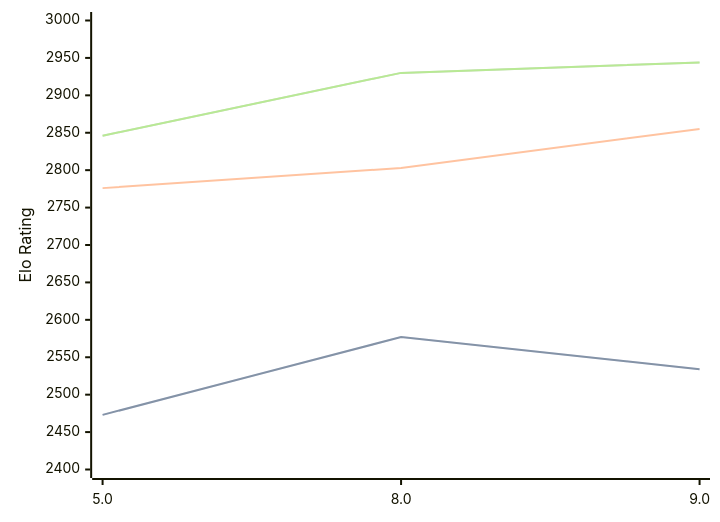
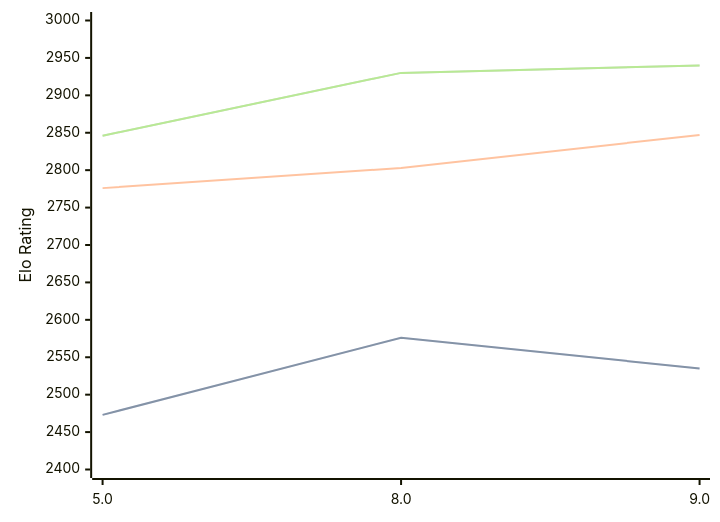
Before and after one commit to computer-chess-index/cci: the first of 3 diagrams in engines/4kc.md, drawn with Mermaid. The commit also changed other lines of this file, not shown here.

Commit message:
Update CCI Ratings (ELO VLTC) - 2026-06-19

````diff
--- a/engines/4kc.md
+++ b/engines/4kc.md
@@ -42,11 +42,11 @@
 ```mermaid
 %%{init: {"theme":"base","themeVariables":{"seriesColors:['#a3a3a3','#222221','#faa371']}}}%%
 xychart-beta
   x-axis ["5.0", "8.0", "9.0"]
   y-axis "Elo Rating" 2400 --> 3000
-  line "STC (8.0+0.08s)" [2473, 2577, 2534]
-  line "STC (8.0+0.08s)" [2473, 2577, 2534]
-  line "LTC (60.0+0.60s)" [2776, 2803, 2855]
-  line "VLTC (2m24s+1.12s)" [2846, 2930, 2944]
-  line "VLTC (2m24s+1.12s)" [2846, 2930, 2944]
+  line "STC (8.0+0.08s)" [2473, 2576, 2535]
+  line "STC (8.0+0.08s)" [2473, 2576, 2535]
+  line "LTC (60.0+0.60s)" [2776, 2803, 2847]
+  line "VLTC (2m24s+1.12s)" [2846, 2930, 2940]
+  line "VLTC (2m24s+1.12s)" [2846, 2930, 2940]
 ```
````
